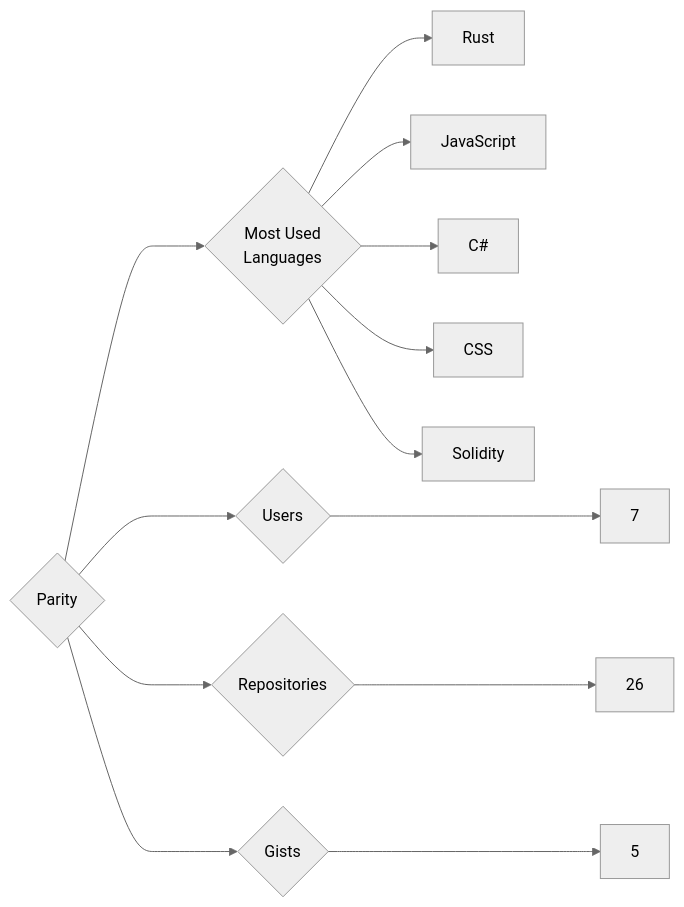
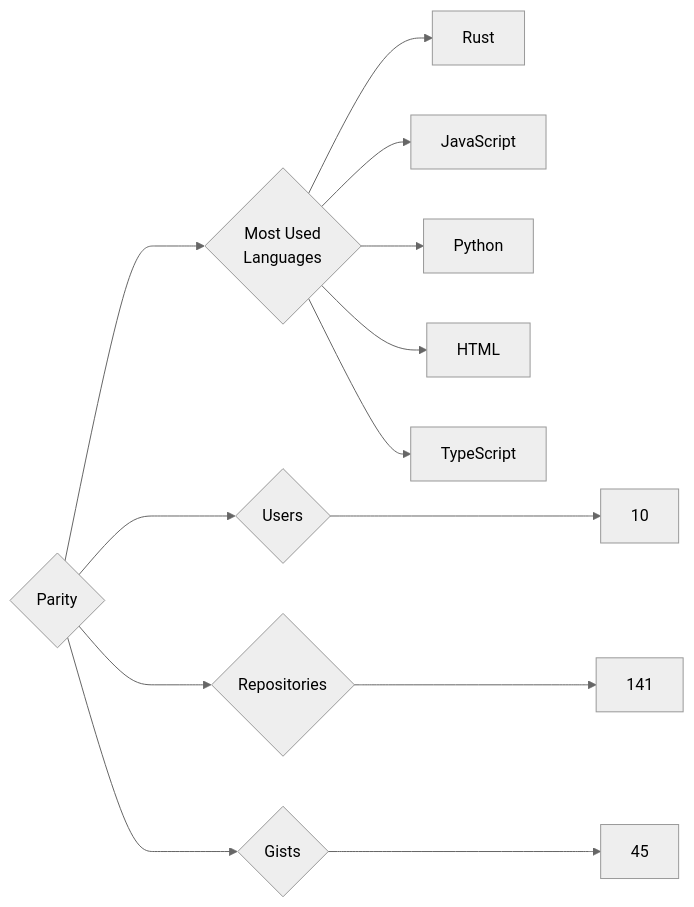
One commit to trickest/insiders changed the diagram in targets/Parity/README.md. Above: the diagram before and after it, drawn with Mermaid (neutral theme). The commit also changed 920 other files, not shown here.

````diff
--- a/targets/Parity/README.md
+++ b/targets/Parity/README.md
@@ -3,13 +3,13 @@
 ```mermaid
 graph LR
 COMPANY_NAME{Parity}
-COMPANY_NAME ---> U{Users} ---> UN[7]
-COMPANY_NAME ---> R{Repositories} ---> RN[26]
-COMPANY_NAME ---> G{Gists} ---> GN[5]
+COMPANY_NAME ---> U{Users} ---> UN[10]
+COMPANY_NAME ---> R{Repositories} ---> RN[141]
+COMPANY_NAME ---> G{Gists} ---> GN[45]
 COMPANY_NAME ---> ML{Most Used<br>Languages}
 ML --> Rust[Rust]
 ML --> JavaScript[JavaScript]
-ML --> C#[C#]
-ML --> CSS[CSS]
-ML --> Solidity[Solidity]
+ML --> Python[Python]
+ML --> HTML[HTML]
+ML --> TypeScript[TypeScript]
 ```
````
